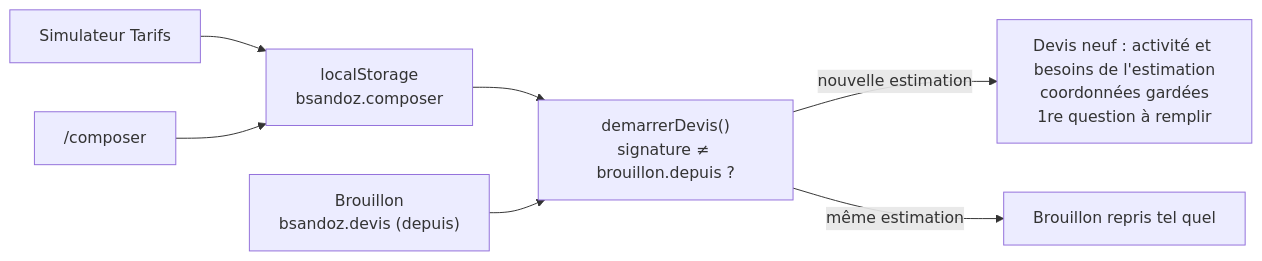
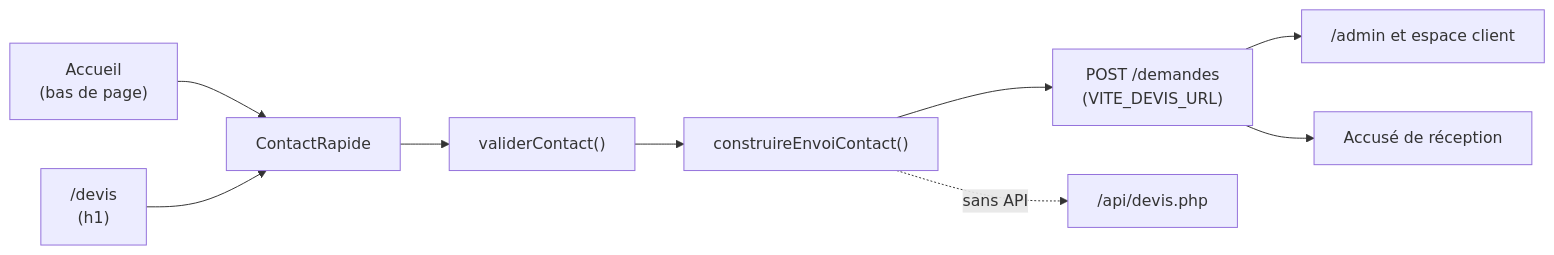
The diagram in docs/fonctionnalites/demande-de-devis.md (bsandoz79/bsandoz-site), drawn with Mermaid before and after one commit. The commit also changed other lines of this file and 15 other files, not shown here.

Commit message:
feat: demande de devis en un formulaire court, activité « Autre » à préciser

````diff
--- a/docs/fonctionnalites/demande-de-devis.md
+++ b/docs/fonctionnalites/demande-de-devis.md
@@ -79,9 +33,11 @@
 ```mermaid
 flowchart LR
-  sim["Simulateur Tarifs"] --> st["localStorage<br/>bsandoz.composer"]
-  comp["/composer"] --> st
-  st --> dem["demarrerDevis()<br/>signature ≠ brouillon.depuis ?"]
-  br["Brouillon<br/>bsandoz.devis (depuis)"] --> dem
-  dem -- "nouvelle estimation" --> pre["Devis neuf : activité et besoins de l'estimation<br/>coordonnées gardées<br/>1re question à remplir"]
-  dem -- "même estimation" --> rep["Brouillon repris tel quel"]
+  accueil["Accueil<br/>(bas de page)"] --> form["ContactRapide"]
+  devis["/devis<br/>(h1)"] --> form
+  form --> valider["validerContact()"]
+  valider --> envoi["construireEnvoiContact()"]
+  envoi --> api["POST /demandes<br/>(VITE_DEVIS_URL)"]
+  envoi -. "sans API" .-> php["/api/devis.php"]
+  api --> admin["/admin et espace client"]
+  api --> mail["Accusé de réception"]
 ```
````
